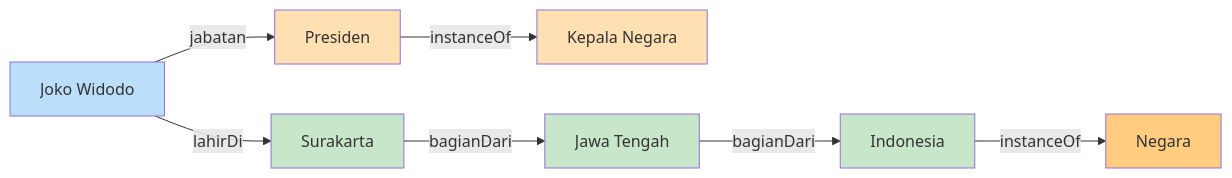
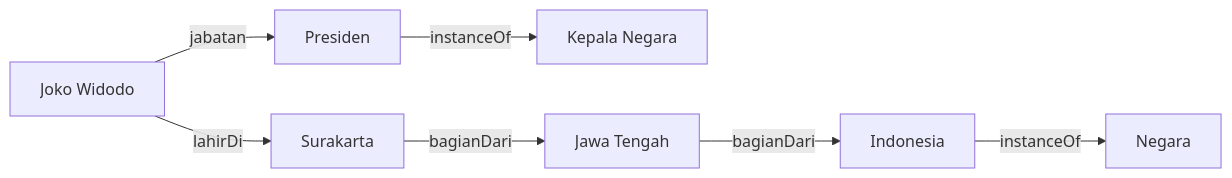
Before and after one commit to antonprafanto/dasarAI2026: the fifth of 9 diagrams in bab-03-representasi.md, drawn with Mermaid. The commit also changed other lines of this file and 8 other files, not shown here.

Commit message:
Fix: Remove custom Mermaid styling for better dark mode visibility

````diff
--- a/bab-03-representasi.md
+++ b/bab-03-representasi.md
@@ -409,20 +397,12 @@
 ```mermaid
 graph LR
     Joko_Widodo[Joko Widodo] -->|jabatan| Presiden[Presiden]
     Joko_Widodo -->|lahirDi| Surakarta[Surakarta]
 
     Presiden -->|instanceOf| Kepala_Negara[Kepala Negara]
 
     Surakarta -->|bagianDari| Jawa_Tengah[Jawa Tengah]
     Jawa_Tengah -->|bagianDari| Indonesia[Indonesia]
 
     Indonesia -->|instanceOf| Negara[Negara]
-
-    style Joko_Widodo fill:#bbdefb
-    style Surakarta fill:#c8e6c9
-    style Jawa_Tengah fill:#c8e6c9
-    style Indonesia fill:#c8e6c9
-    style Presiden fill:#ffe0b2
-    style Kepala_Negara fill:#ffe0b2
-    style Negara fill:#ffcc80
 ```
````
